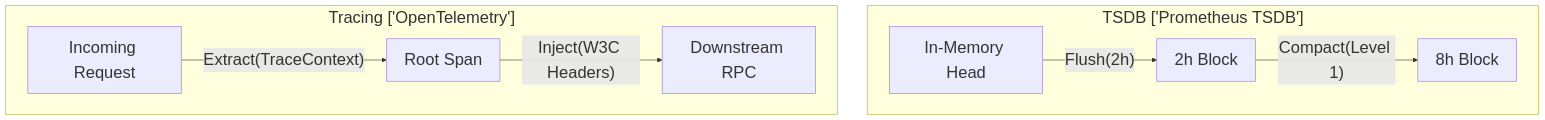
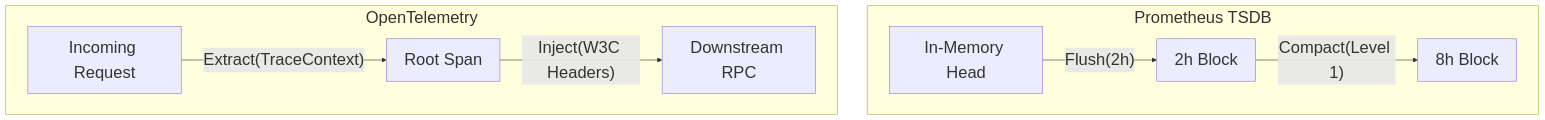
One commit to j4flmao/agent-skills changed the diagram in skills/site-reliability-engineering/observability-scaling/SKILL.md. Above: the diagram before and after it, drawn with Mermaid. The commit also changed 38 other files, not shown here.

Commit message:
style(skills): Add padding to Mermaid subgraphs to prevent label overlap with nodes

````diff
--- a/skills/site-reliability-engineering/observability-scaling/SKILL.md
+++ b/skills/site-reliability-engineering/observability-scaling/SKILL.md
@@ -13,12 +13,12 @@
 ```mermaid
 flowchart TD
 %%{init: {"theme": "default", "themeVariables": {"fontSize": "28px"}, "flowchart": {"useMaxWidth": false}}}%%
-    subgraph TSDBPrometheusTSDB ["TSDB ['Prometheus TSDB']"]
+    subgraph TSDBPrometheusTSDB ["Prometheus TSDB<br/>"]
         Mem[In-Memory Head] -->|"Flush(2h)"| Block1[2h Block]
         Block1 -->|"Compact(Level 1)"| Block2[8h Block]
     end
-    subgraph TracingOpenTelemetry ["Tracing ['OpenTelemetry']"]
+    subgraph TracingOpenTelemetry ["OpenTelemetry<br/>"]
         Req[Incoming Request] -->|"Extract(TraceContext)"| Span1[Root Span]
         Span1 -->|"Inject(W3C Headers)"| Downstream[Downstream RPC]
     end
 ```
````
